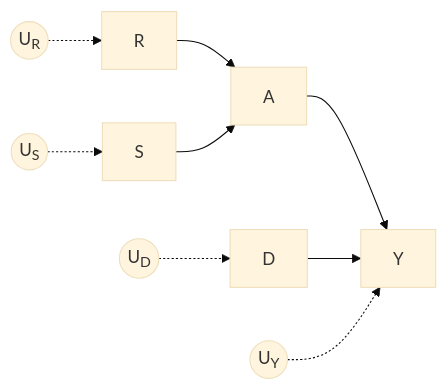
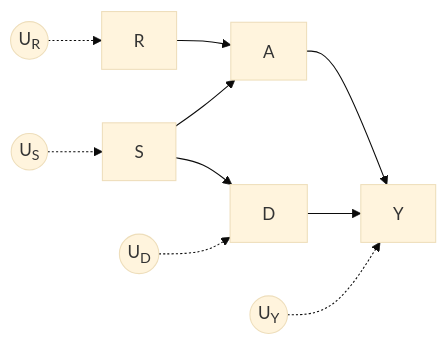
One commit to maj-biostat/roadmap-sim changed the third of 3 diagrams in notebooks/design-notes.qmd. Above: the diagram before and after it, drawn with Mermaid.

````diff
--- a/notebooks/design-notes.qmd
+++ b/notebooks/design-notes.qmd
@@ -377,18 +377,18 @@
 ```{mermaid}
 %%| label: fig-scenario-3
 %%| fig-cap: Scenario 3, the $U$ denote independent exogenous variables, 
 %%{
   init:{
     "flowchart":{"htmlLabels": "true"},
     "securityLevel": "loose",
     "theme": "base"
 }}%%
 flowchart LR
   R --> A --> Y
-  S --> A
+  S --> A & D
   D --> Y
   UD((U<sub>D)) -.-> D
   US((U<sub>S)) -.-> S
   UR((U<sub>R)) -.-> R
   UY((U<sub>Y)) -.-> Y
 ```
````
